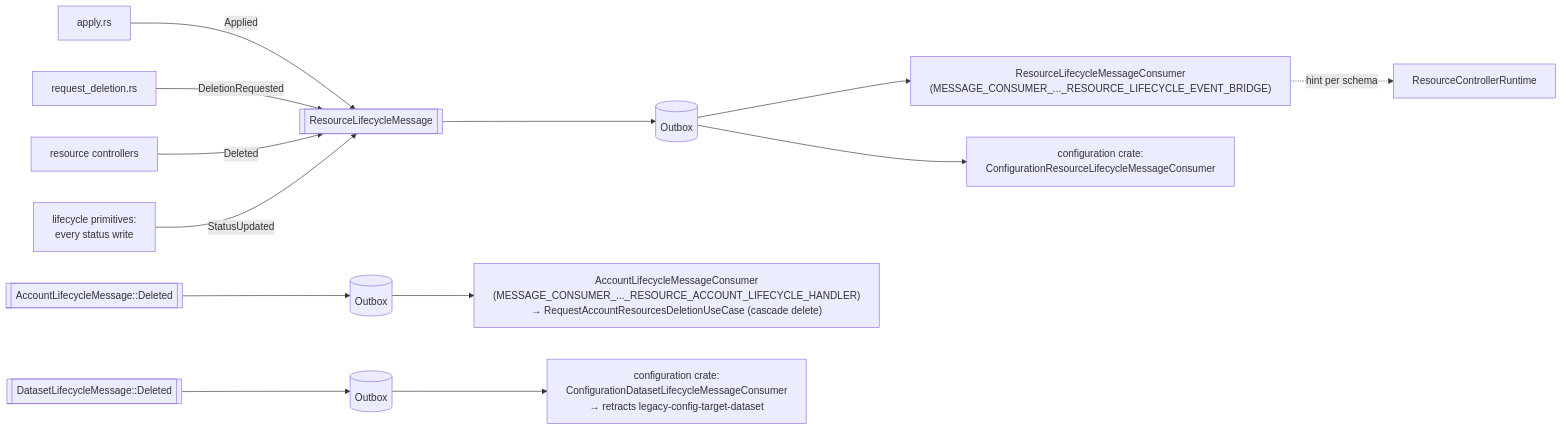
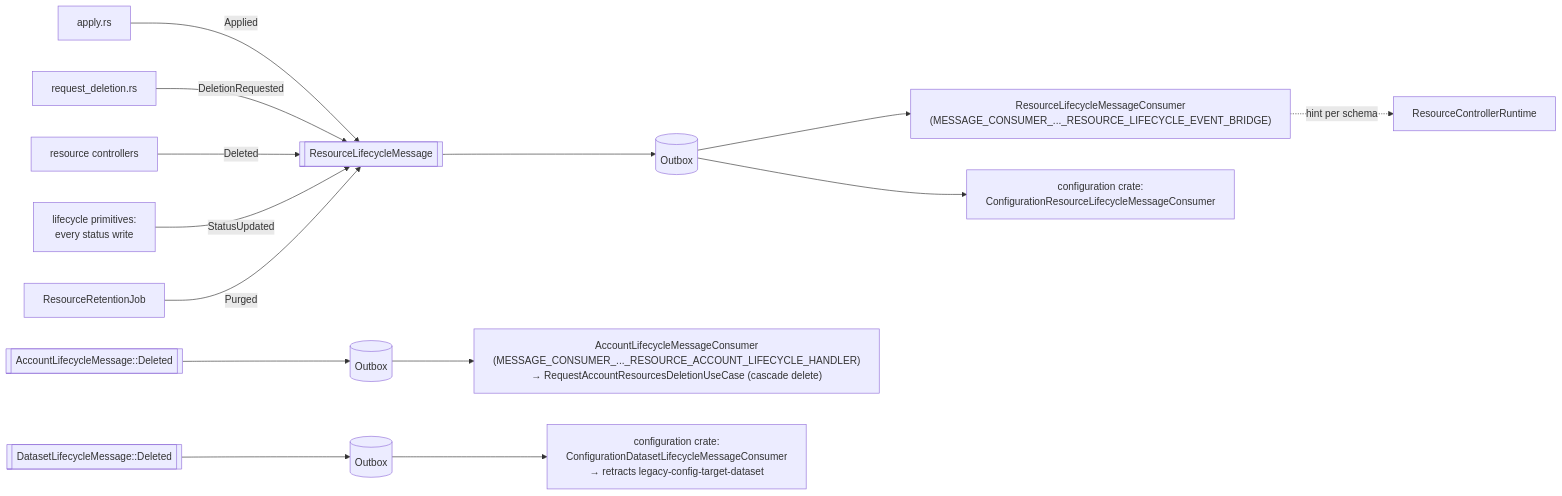
One commit to kamu-data/kamu-cli changed the fifth of 6 diagrams in docs/internal/resources-framework.md. Above: the diagram before and after it, drawn with Mermaid. The commit also changed other lines of this file and 114 other files, not shown here.

Commit message:
Housekeeping jobs, with resource retention as the first (Task IaC: RT2)

````diff
--- a/docs/internal/resources-framework.md
+++ b/docs/internal/resources-framework.md
@@ -1979,19 +2028,20 @@
 ```mermaid
 flowchart LR
     APPLY["apply.rs"] -->|Applied| MSG[["ResourceLifecycleMessage"]]
     DEL["request_deletion.rs"] -->|DeletionRequested| MSG
     COMP["resource controllers"] -->|Deleted| MSG
     PRIM["lifecycle primitives:<br/>every status write"] -->|StatusUpdated| MSG
+    PURGE["ResourceRetentionJob"] -->|Purged| MSG
 
     MSG --> OB[("Outbox")]
 
     OB --> BRIDGE["ResourceLifecycleMessageConsumer<br/>(MESSAGE_CONSUMER_..._RESOURCE_LIFECYCLE_EVENT_BRIDGE)"]
     BRIDGE -.->|hint per schema| RT["ResourceControllerRuntime"]
     OB --> CFG["configuration crate:<br/>ConfigurationResourceLifecycleMessageConsumer"]
 
     ACC[["AccountLifecycleMessage::Deleted"]] --> OB2[("Outbox")]
     OB2 --> ACCH["AccountLifecycleMessageConsumer<br/>(MESSAGE_CONSUMER_..._RESOURCE_ACCOUNT_LIFECYCLE_HANDLER)<br/>→ RequestAccountResourcesDeletionUseCase (cascade delete)"]
 
     DS[["DatasetLifecycleMessage::Deleted"]] --> OB3[("Outbox")]
     OB3 --> DSH["configuration crate:<br/>ConfigurationDatasetLifecycleMessageConsumer<br/>→ retracts legacy-config-target-dataset"]
 ```
````
